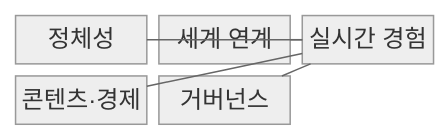
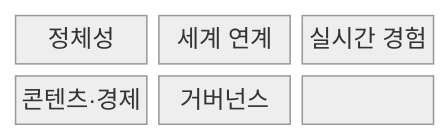
One commit to agnusdei1207/knowledge-base changed the first of 2 diagrams in src/content/docs/notes/08-latest-tech/224_metaverse.md. Above: the diagram before and after it, drawn with Mermaid (neutral theme). The commit also changed other lines of this file and 228 other files, not shown here.

````diff
--- a/src/content/docs/notes/08-latest-tech/224_metaverse.md
+++ b/src/content/docs/notes/08-latest-tech/224_metaverse.md
@@ -51,13 +50,11 @@
 ```mermaid
 block-beta
   columns 3
-  A["정체성"]
-  B["세계 연계"]
-  C["실시간 경험"]
-  D["콘텐츠·경제"]
-  E["거버넌스"]
-  A --- C
-  B --- C
-  C --- D
-  E --- C
+  N0["정체성"]
+  N1["세계 연계"]
+  N2["실시간 경험"]
+  N3["콘텐츠·경제"]
+  N4["거버넌스"]
+  N0 --- N1 --- N2
+  N2 --- N3 --- N4
 ```
````
